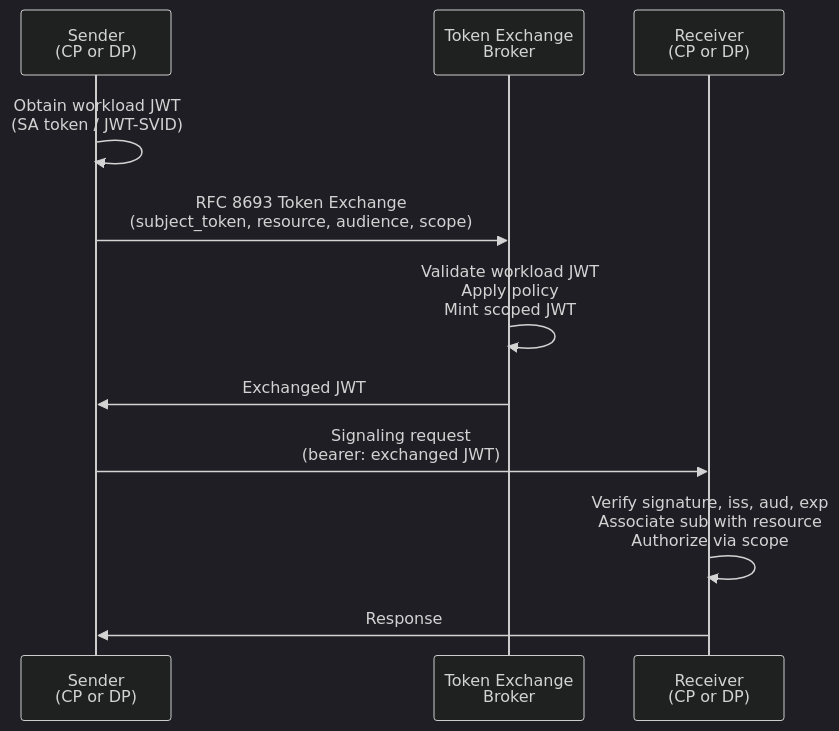
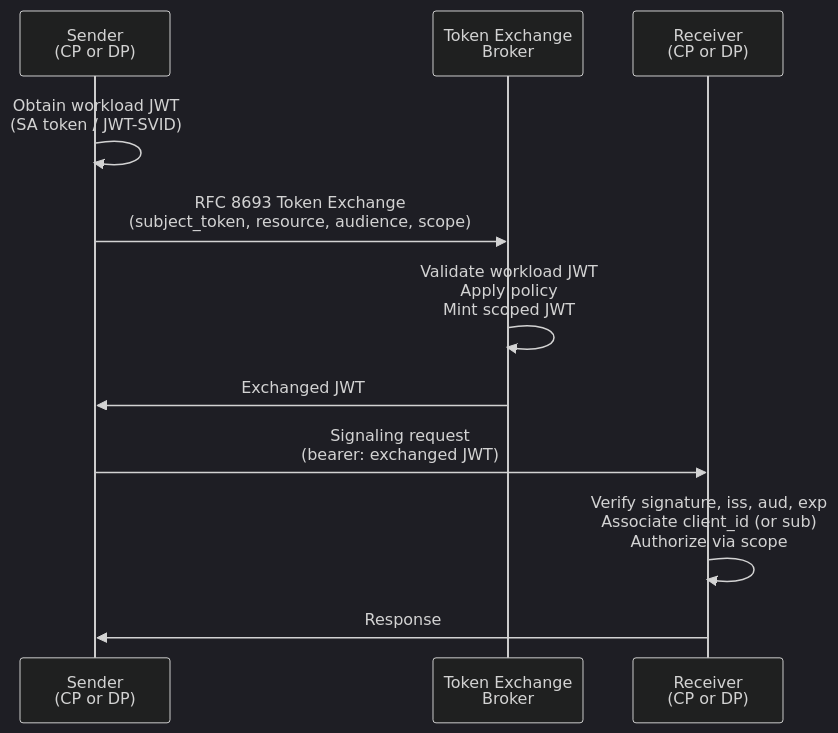
The diagram in specifications/authorization-profiles.md (eclipse-dataplane-signaling/profiles), drawn with Mermaid (dark theme) before and after one commit. The commit also changed other lines of this file, not shown here.

````diff
--- a/specifications/authorization-profiles.md
+++ b/specifications/authorization-profiles.md
@@ -306,13 +318,13 @@
 ```mermaid
 sequenceDiagram
     participant sender as Sender<br>(CP or DP)
     participant broker as Token Exchange<br>Broker
     participant receiver as Receiver<br>(CP or DP)
     sender ->> sender: Obtain workload JWT<br>(SA token / JWT-SVID)
     sender ->> broker: RFC 8693 Token Exchange<br>(subject_token, resource, audience, scope)
     broker ->> broker: Validate workload JWT<br>Apply policy<br>Mint scoped JWT
     broker ->> sender: Exchanged JWT
     sender ->> receiver: Signaling request<br>(bearer: exchanged JWT)
-    receiver ->> receiver: Verify signature, iss, aud, exp<br>Associate sub with resource<br>Authorize via scope
+    receiver ->> receiver: Verify signature, iss, aud, exp<br>Associate client_id (or sub)<br>Authorize via scope
     receiver ->> sender: Response
 ```
````
